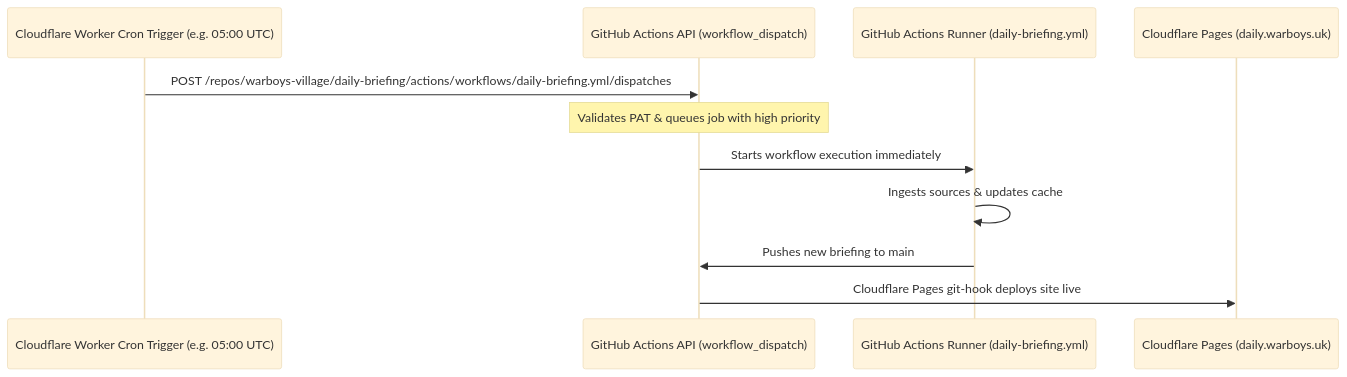
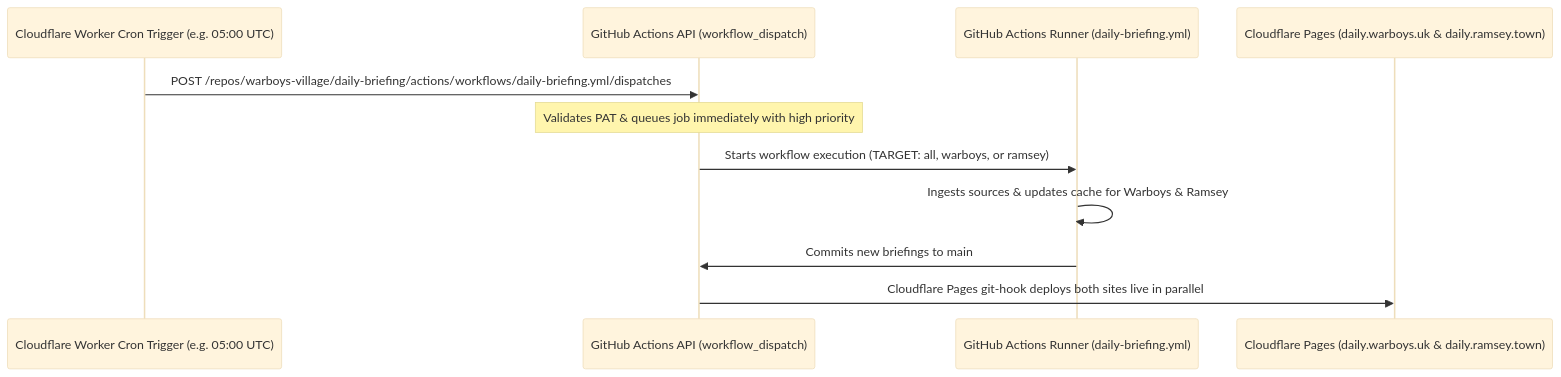
One commit to warboys-village/daily-briefing changed the diagram in docs/cloudflare_worker_cron_trigger.md. Above: the diagram before and after it, drawn with Mermaid (base theme). The commit also changed other lines of this file and 98 other files, not shown here.

Commit message:
feat: incorporate Ramsey fork modules, multi-school subpages, and dual-site Cloudflare setup

````diff
--- a/docs/cloudflare_worker_cron_trigger.md
+++ b/docs/cloudflare_worker_cron_trigger.md
@@ -11,14 +11,14 @@
 ```mermaid
 sequenceDiagram
     participant CF as Cloudflare Worker Cron Trigger (e.g. 05:00 UTC)
     participant GH as GitHub Actions API (workflow_dispatch)
     participant Runner as GitHub Actions Runner (daily-briefing.yml)
-    participant Pages as Cloudflare Pages (daily.warboys.uk)
+    participant Pages as Cloudflare Pages (daily.warboys.uk & daily.ramsey.town)
 
     CF->>GH: POST /repos/warboys-village/daily-briefing/actions/workflows/daily-briefing.yml/dispatches
-    Note over GH: Validates PAT & queues job with high priority
-    GH->>Runner: Starts workflow execution immediately
-    Runner->>Runner: Ingests sources & updates cache
-    Runner->>GH: Pushes new briefing to main
-    GH->>Pages: Cloudflare Pages git-hook deploys site live
+    Note over GH: Validates PAT & queues job immediately with high priority
+    GH->>Runner: Starts workflow execution (TARGET: all, warboys, or ramsey)
+    Runner->>Runner: Ingests sources & updates cache for Warboys & Ramsey
+    Runner->>GH: Commits new briefings to main
+    GH->>Pages: Cloudflare Pages git-hook deploys both sites live in parallel
 ```
````
